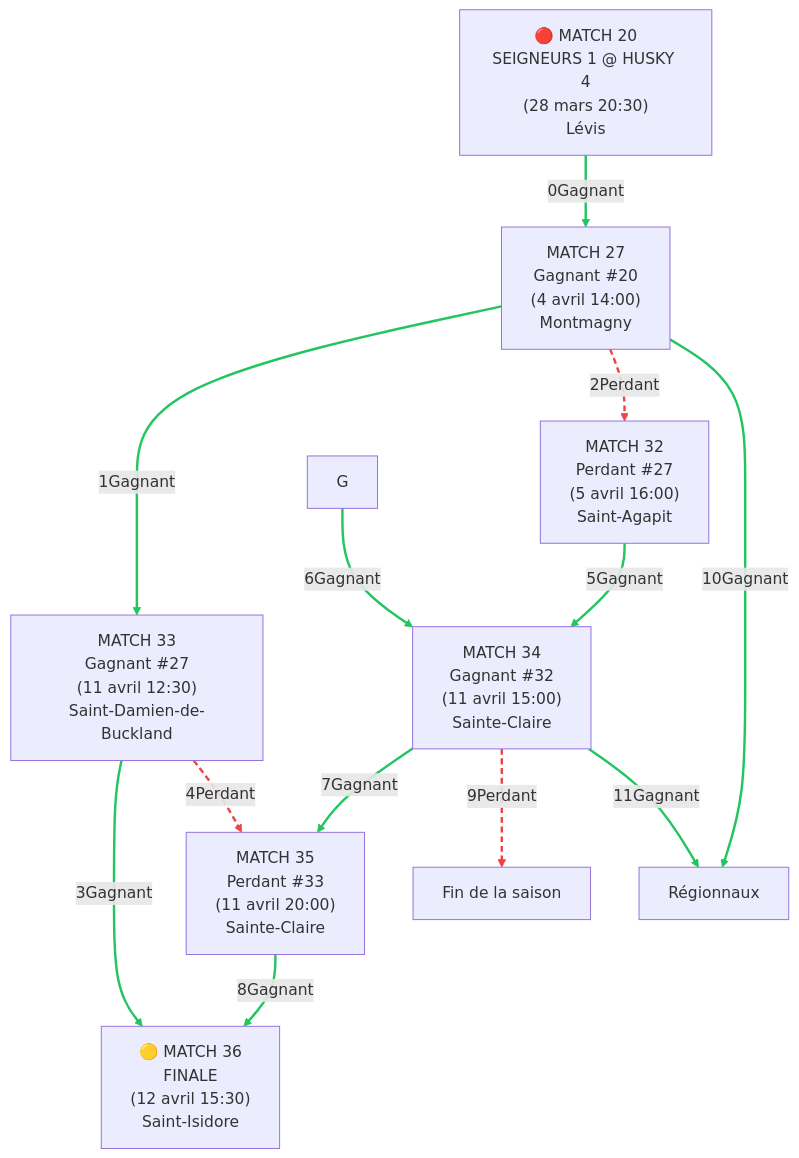
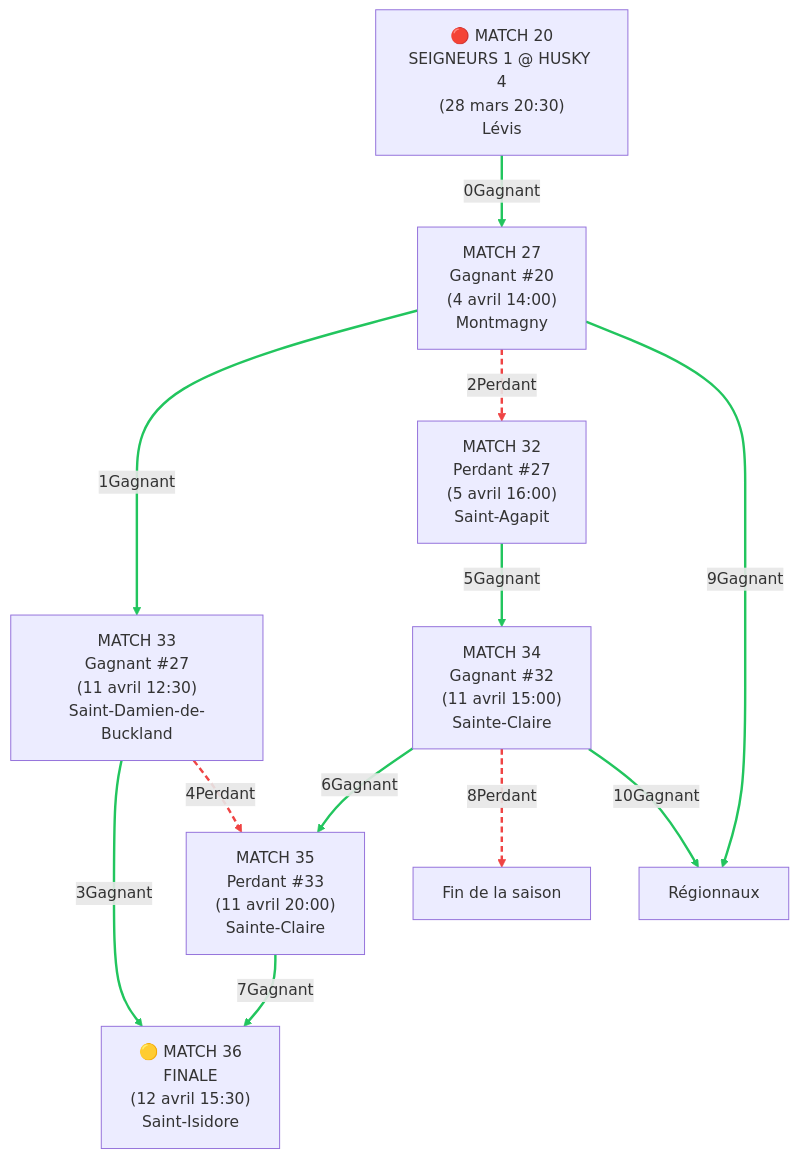
One commit to voltogyre/horaire-serie-2026 changed the first of 2 diagrams in README.md. Above: the diagram before and after it, drawn with Mermaid.

````diff
--- a/README.md
+++ b/README.md
@@ -14,22 +14,21 @@
 ```mermaid
 graph TD
     A["🔴 MATCH 20<br/>SEIGNEURS 1 @ HUSKY 4<br/>(28 mars 20:30)<br/>Lévis"] 
     
     A -->|0Gagnant| B["MATCH 27<br/>Gagnant #20<br/>(4 avril 14:00)<br/>Montmagny"]
     B -->|1Gagnant| D["MATCH 33<br/>Gagnant #27<br/>(11 avril 12:30)<br/>Saint-Damien-de-Buckland"]
     B -->|2Perdant| E["MATCH 32<br/>Perdant #27<br/>(5 avril 16:00)<br/>Saint-Agapit"]
     D -->|3Gagnant| I["🟡 MATCH 36<br/>FINALE<br/>(12 avril 15:30)<br/>Saint-Isidore"]
     D -->|4Perdant| J["MATCH 35<br/>Perdant #33<br/>(11 avril 20:00)<br/>Sainte-Claire"]
     E -->|5Gagnant| H["MATCH 34<br/>Gagnant #32<br/>(11 avril 15:00)<br/>Sainte-Claire"]
-    G -->|6Gagnant| H
-    H -->|7Gagnant| J
-    J -->|8Gagnant| I
-    H -->|9Perdant| K["Fin de la saison"]
-    B -->|10Gagnant| L["Régionnaux"]
-    H -->|11Gagnant| L["Régionnaux"]
+    H -->|6Gagnant| J
+    J -->|7Gagnant| I
+    H -->|8Perdant| K["Fin de la saison"]
+    B -->|9Gagnant| L["Régionnaux"]
+    H -->|10Gagnant| L["Régionnaux"]
 
-    linkStyle 0,1,3,5,6,7,8,10,11 stroke:#22c55e,stroke-width:2.5px
-    linkStyle 2,4,9 stroke:#ef4444,stroke-width:2.5px,stroke-dasharray:6 4
+    linkStyle 0,1,3,5,6,7,9,10 stroke:#22c55e,stroke-width:2.5px
+    linkStyle 2,4,8 stroke:#ef4444,stroke-width:2.5px,stroke-dasharray:6 4
     
 
 ```
````
